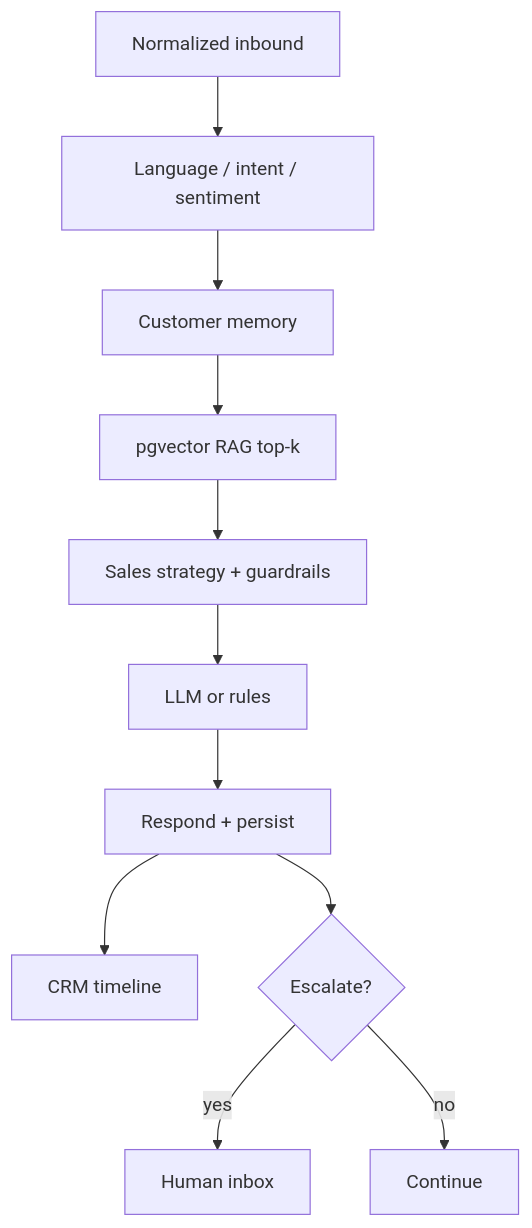
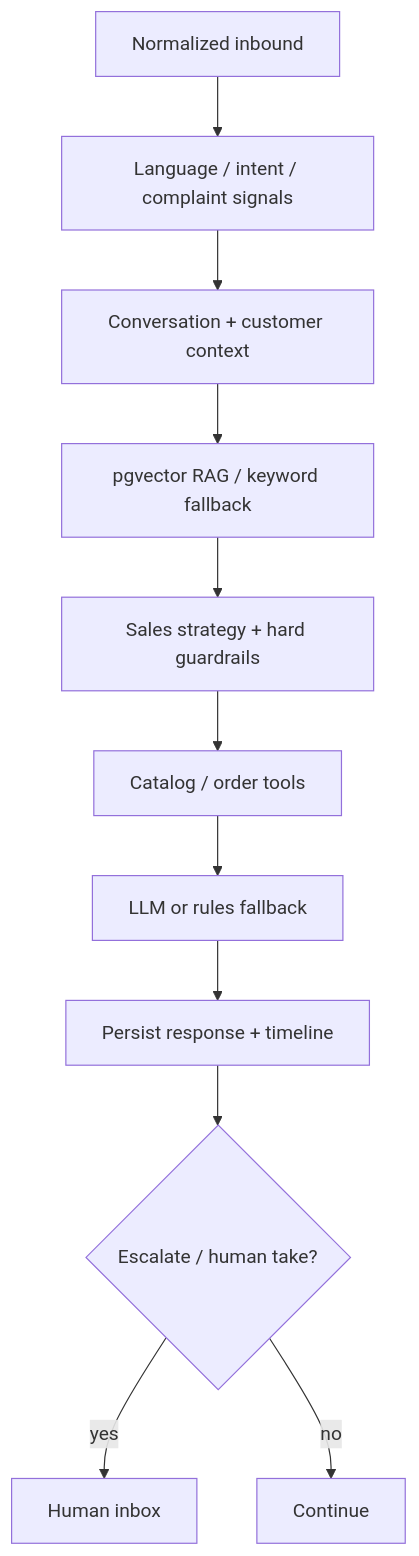
Before and after one commit to Taibur-Rahaman/Reply-Pilot-Ai: the second of 2 diagrams in docs/ARCHITECTURE.md, drawn with Mermaid. The commit also changed other lines of this file, not shown here.

Commit message:
docs: align architecture with implemented Postgres monolith

````diff
--- a/docs/ARCHITECTURE.md
+++ b/docs/ARCHITECTURE.md
@@ -105,13 +120,13 @@
 ```mermaid
 flowchart TD
-  inbound[Normalized inbound] --> detect[Language / intent / sentiment]
-  detect --> memory[Customer memory]
-  memory --> rag[pgvector RAG top-k]
-  rag --> strategy[Sales strategy + guardrails]
-  strategy --> llm[LLM or rules]
-  llm --> respond[Respond + persist]
-  respond --> crm[CRM timeline]
-  respond --> handoff{Escalate?}
+  inbound[Normalized inbound] --> detect[Language / intent / complaint signals]
+  detect --> memory[Conversation + customer context]
+  memory --> rag[pgvector RAG / keyword fallback]
+  rag --> strategy[Sales strategy + hard guardrails]
+  strategy --> tools[Catalog / order tools]
+  tools --> llm[LLM or rules fallback]
+  llm --> persist[Persist response + timeline]
+  persist --> handoff{Escalate / human take?}
   handoff -->|yes| human[Human inbox]
   handoff -->|no| done[Continue]
 ```
````
